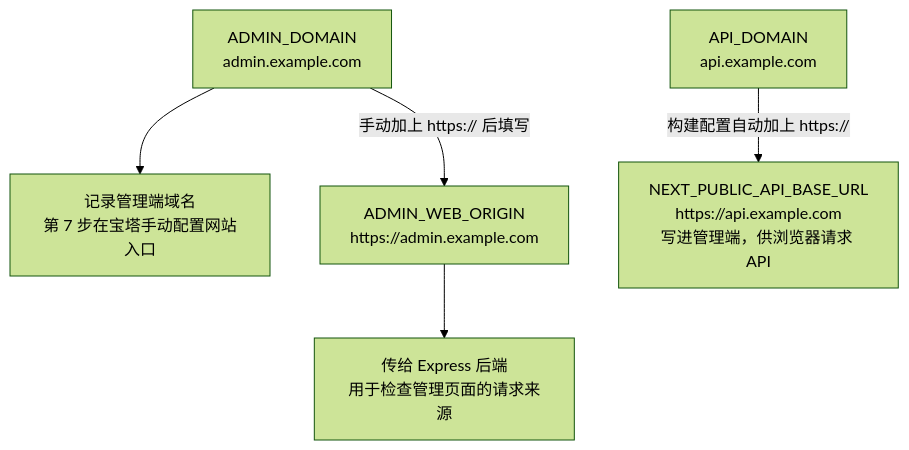
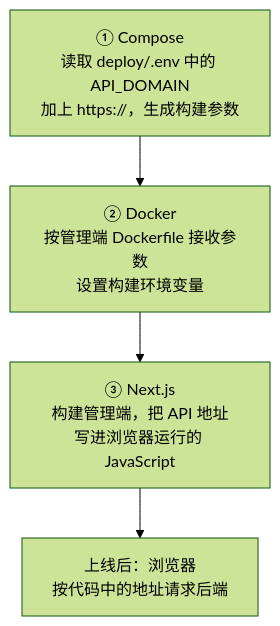
One commit to jiajianhui/learning-notes changed the seventh of 10 diagrams in backend/backend-system-learning/20A-用宝塔和Docker-Compose部署MiniCMS.md. Above: the diagram before and after it, drawn with Mermaid (forest theme). The commit also changed other lines of this file, not shown here.

````diff
--- a/backend/backend-system-learning/20A-用宝塔和Docker-Compose部署MiniCMS.md
+++ b/backend/backend-system-learning/20A-用宝塔和Docker-Compose部署MiniCMS.md
@@ -556,13 +536,8 @@
 ```mermaid
 flowchart TD
-    M["ADMIN_DOMAIN<br/>admin.example.com"]
-    N["记录管理端域名<br/>第 7 步在宝塔手动配置网站入口"]
-    O["ADMIN_WEB_ORIGIN<br/>https://admin.example.com"]
-    E["传给 Express 后端<br/>用于检查管理页面的请求来源"]
-    A["API_DOMAIN<br/>api.example.com"]
-    W["NEXT_PUBLIC_API_BASE_URL<br/>https://api.example.com<br/>写进管理端，供浏览器请求 API"]
-    M --> N
-    M -->|手动加上 https:// 后填写| O
-    O --> E
-    A -->|构建配置自动加上 https://| W
+    C["① Compose<br/>读取 deploy/.env 中的 API_DOMAIN<br/>加上 https://，生成构建参数"]
+    D["② Docker<br/>按管理端 Dockerfile 接收参数<br/>设置构建环境变量"]
+    N["③ Next.js<br/>构建管理端，把 API 地址<br/>写进浏览器运行的 JavaScript"]
+    B["上线后：浏览器<br/>按代码中的地址请求后端"]
+    C --> D --> N --> B
 ```
````
